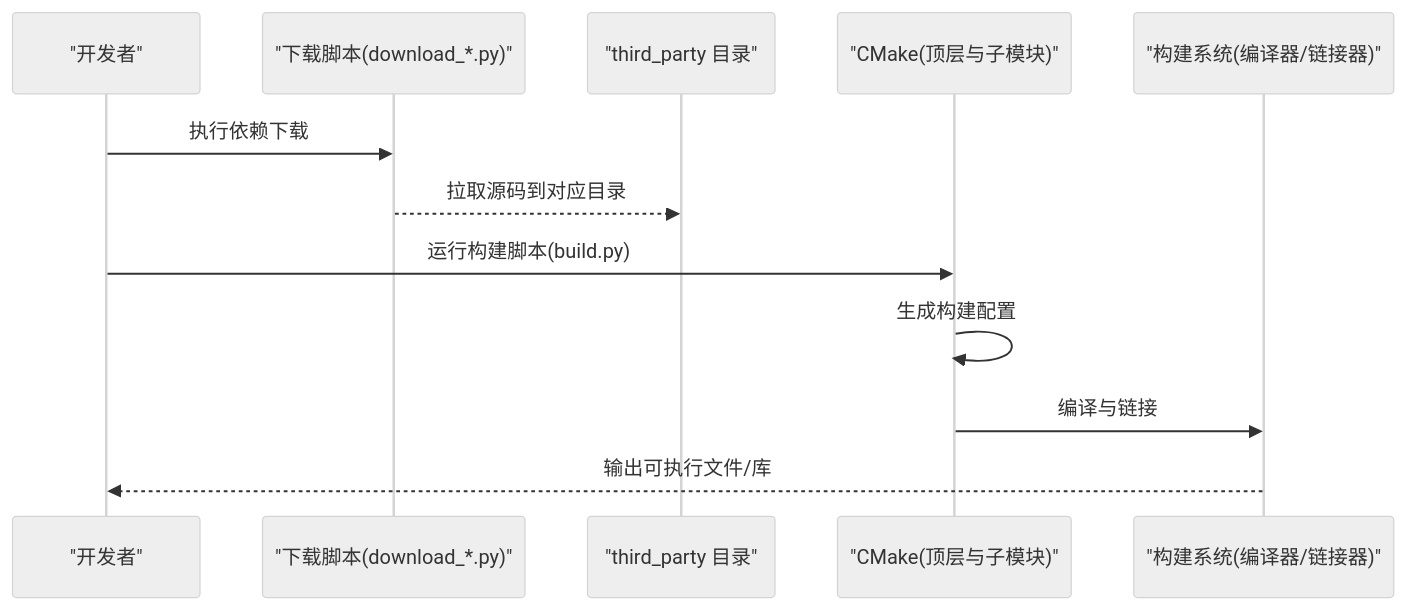
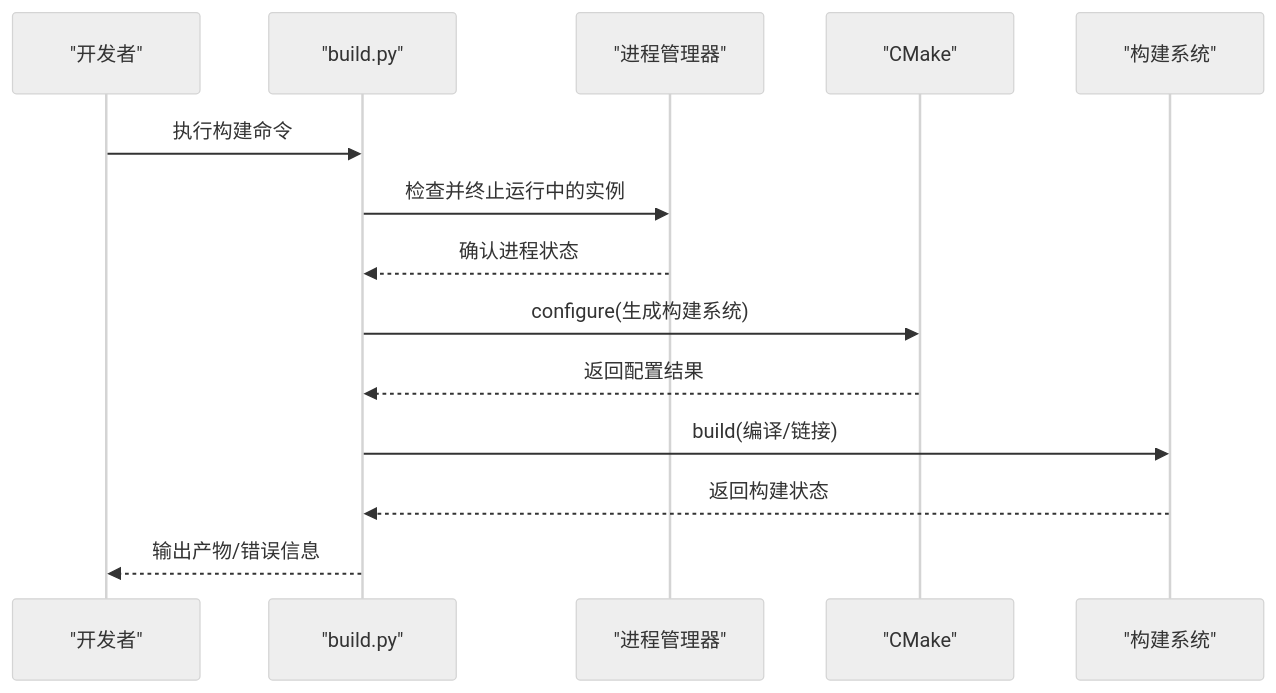
Before and after one commit to jakecai1225-design/OpenBus: the second of 5 diagrams in .qoder/repowiki/zh/content/构建和部署/构建流程/自动化依赖管理.md, drawn with Mermaid (neutral theme). The commit also changed other lines of this file and 40 other files, not shown here.

````diff
--- a/.qoder/repowiki/zh/content/构建和部署/构建流程/自动化依赖管理.md
+++ b/.qoder/repowiki/zh/content/构建和部署/构建流程/自动化依赖管理.md
@@ -100,14 +90,16 @@
 ```mermaid
 sequenceDiagram
 participant Dev as "开发者"
-participant DL as "下载脚本(download_*.py)"
-participant TP as "third_party 目录"
-participant CM as "CMake(顶层与子模块)"
-participant BLD as "构建系统(编译器/链接器)"
-Dev->>DL : 执行依赖下载
-DL-->>TP : 拉取源码到对应目录
-Dev->>CM : 运行构建脚本(build.py)
-CM->>CM : 生成构建配置
-CM->>BLD : 编译与链接
-BLD-->>Dev : 输出可执行文件/库
+participant BP as "build.py"
+participant PM as "进程管理器"
+participant CM as "CMake"
+participant BLD as "构建系统"
+Dev->>BP : 执行构建命令
+BP->>PM : 检查并终止运行中的实例
+PM-->>BP : 确认进程状态
+BP->>CM : configure(生成构建系统)
+CM-->>BP : 返回配置结果
+BP->>BLD : build(编译/链接)
+BLD-->>BP : 返回构建状态
+BP-->>Dev : 输出产物/错误信息
 ```
````
